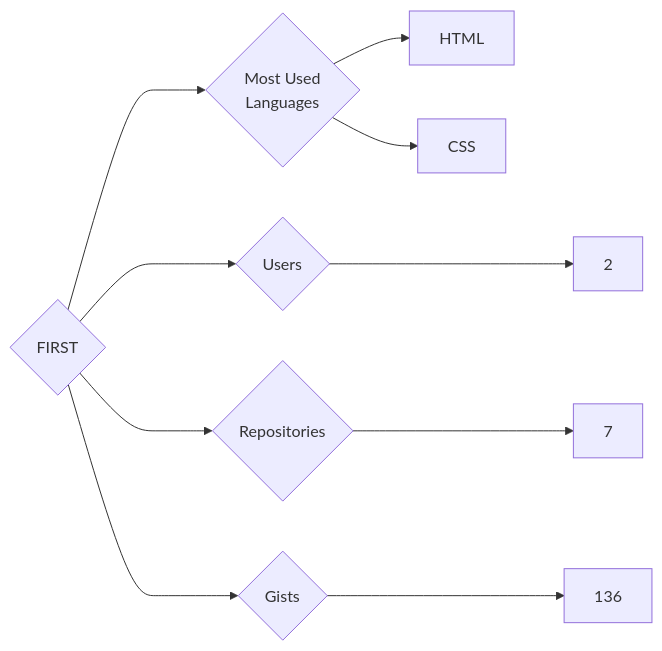
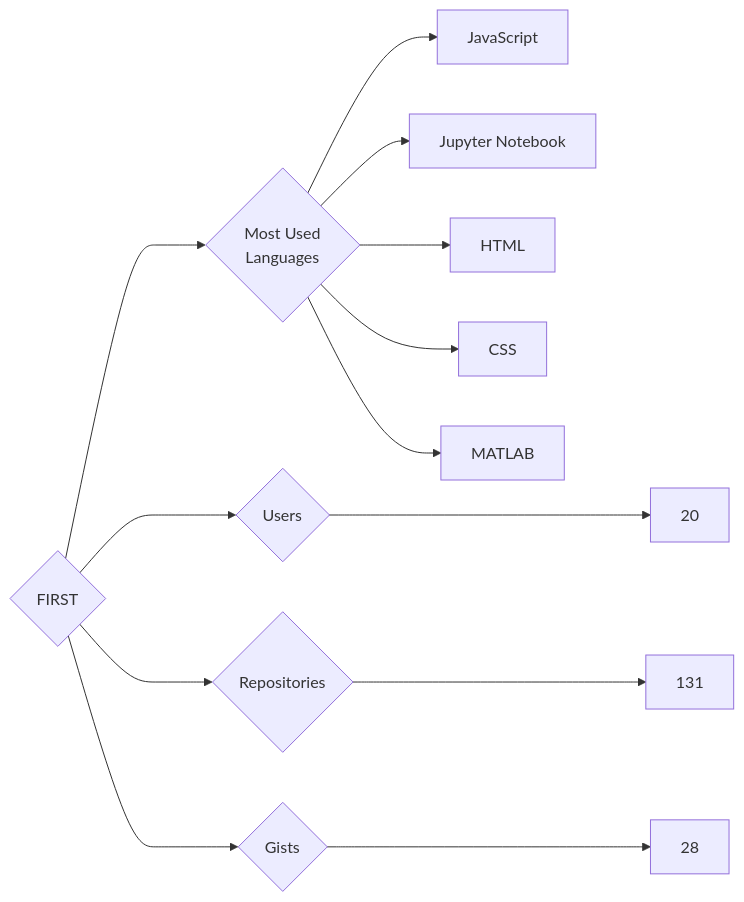
One commit to trickest/insiders changed the diagram in targets/FIRST/README.md. Above: the diagram before and after it, drawn with Mermaid. The commit also changed 809 other files, not shown here.

````diff
--- a/targets/FIRST/README.md
+++ b/targets/FIRST/README.md
@@ -3,10 +3,13 @@
 ```mermaid
 graph LR
 COMPANY_NAME{FIRST}
-COMPANY_NAME ---> U{Users} ---> UN[2]
-COMPANY_NAME ---> R{Repositories} ---> RN[7]
-COMPANY_NAME ---> G{Gists} ---> GN[136]
+COMPANY_NAME ---> U{Users} ---> UN[20]
+COMPANY_NAME ---> R{Repositories} ---> RN[131]
+COMPANY_NAME ---> G{Gists} ---> GN[28]
 COMPANY_NAME ---> ML{Most Used<br>Languages}
+ML --> JavaScript[JavaScript]
+ML --> Jupyter_Notebook[Jupyter Notebook]
 ML --> HTML[HTML]
 ML --> CSS[CSS]
+ML --> MATLAB[MATLAB]
 ```
````
